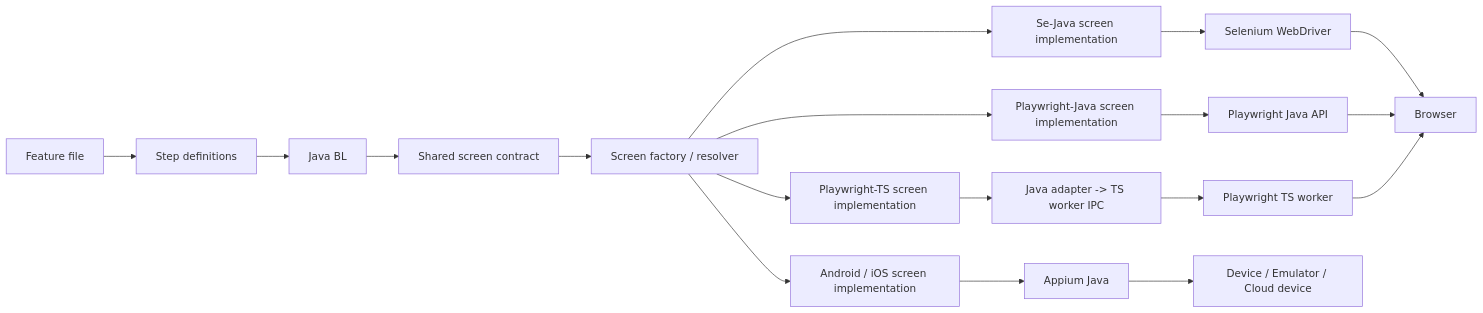
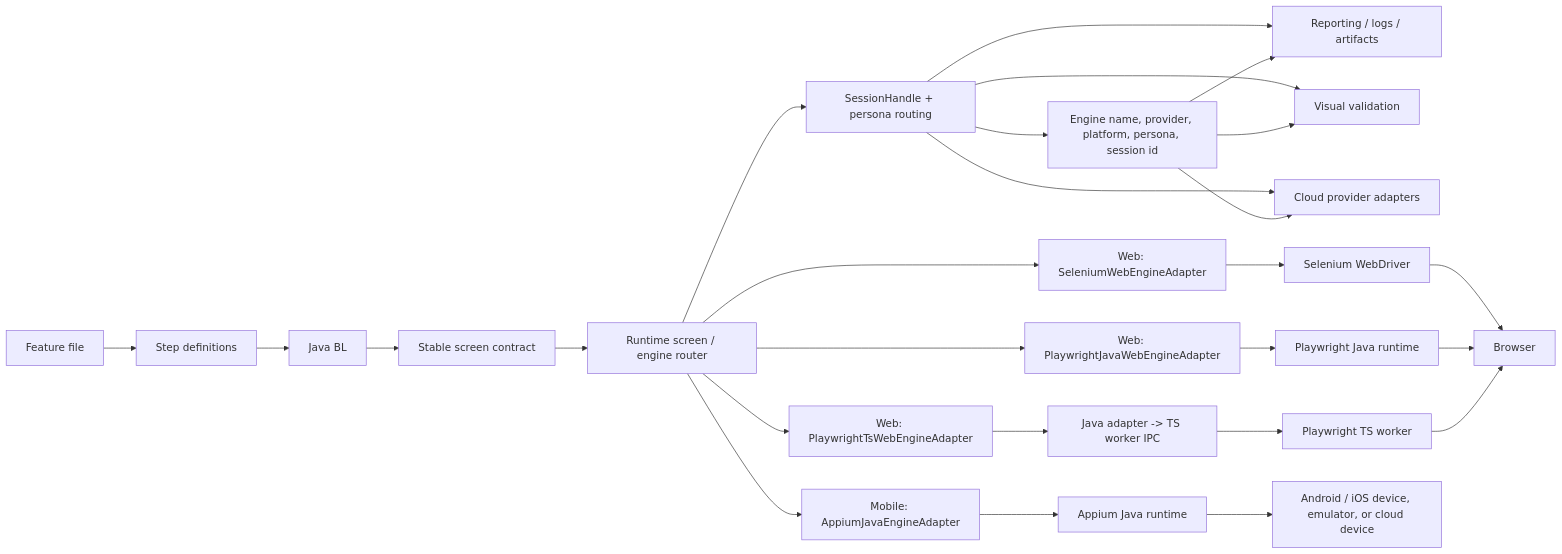
Before and after one commit to znsio/teswiz: the first of 3 diagrams in docs/Architecture-README.md, drawn with Mermaid. The commit also changed other lines of this file, not shown here.

Commit message:
Expand architecture diagram to cover web and mobile engines

````diff
--- a/docs/Architecture-README.md
+++ b/docs/Architecture-README.md
@@ -12,23 +12,33 @@
 ```mermaid
 flowchart LR
     F[Feature file] --> S[Step definitions]
     S --> BL[Java BL]
-    BL --> SC[Shared screen contract]
-    SC --> SF[Screen factory / resolver]
+    BL --> SC[Stable screen contract]
+    SC --> ROUTER[Runtime screen / engine router]
 
-    SF --> SE[Se-Java screen implementation]
-    SF --> PJ[Playwright-Java screen implementation]
-    SF --> PT[Playwright-TS screen implementation]
-    SF --> NA[Android / iOS screen implementation]
+    ROUTER --> SH[SessionHandle + persona routing]
+    SH --> REP[Reporting / logs / artifacts]
+    SH --> VIS[Visual validation]
+    SH --> CLOUD[Cloud provider adapters]
 
-    SE --> WD[Selenium WebDriver]
-    PJ --> PWJ[Playwright Java API]
-    PT --> AD[Java adapter -> TS worker IPC]
-    AD --> PWT[Playwright TS worker]
-    NA --> APP[Appium Java]
+    ROUTER --> WSEL[Web: SeleniumWebEngineAdapter]
+    ROUTER --> WPJ[Web: PlaywrightJavaWebEngineAdapter]
+    ROUTER --> WPTS[Web: PlaywrightTsWebEngineAdapter]
+    ROUTER --> MAPP[Mobile: AppiumJavaEngineAdapter]
+
+    WSEL --> WD[Selenium WebDriver]
+    WPJ --> PWJ[Playwright Java runtime]
+    WPTS --> IPC[Java adapter -> TS worker IPC]
+    IPC --> PWT[Playwright TS worker]
+    MAPP --> APP[Appium Java runtime]
 
     WD --> B[Browser]
     PWJ --> B
     PWT --> B
-    APP --> D[Device / Emulator / Cloud device]
+    APP --> D[Android / iOS device, emulator, or cloud device]
+
+    SH --> META[Engine name, provider, platform, persona, session id]
+    META --> REP
+    META --> VIS
+    META --> CLOUD
 ```
````
